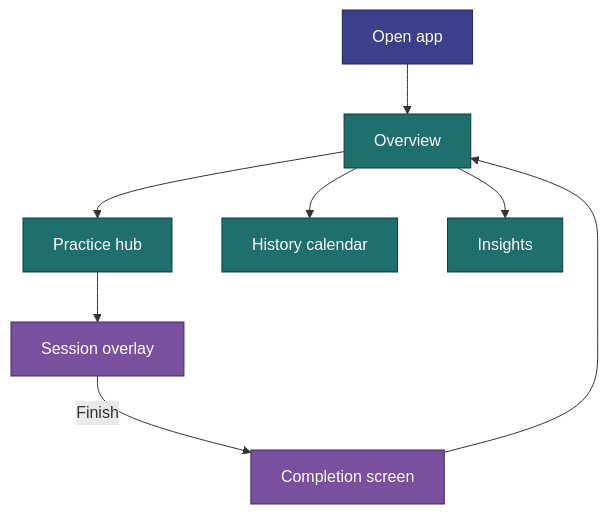
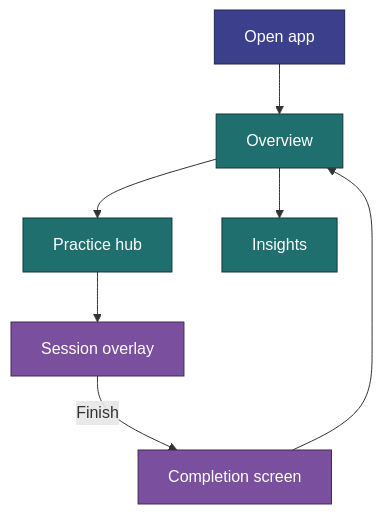
One commit to jermbo/CosmicWorkOut changed the first of 3 diagrams in docs/implementation/behavior.md. Above: the diagram before and after it, drawn with Mermaid. The commit also changed other lines of this file and 31 other files, not shown here.

````diff
--- a/docs/implementation/behavior.md
+++ b/docs/implementation/behavior.md
@@ -19,17 +19,16 @@
 ```mermaid
 flowchart TB
     Boot[Open app] --> Overview[Overview]
     Overview --> Practice[Practice hub]
     Practice --> Session[Session overlay]
     Session -->|Finish| Done[Completion screen]
     Done --> Overview
-    Overview --> History[History calendar]
     Overview --> Insights[Insights]
 
     classDef entry fill:#3b3f8c,stroke:#23264f,color:#ffffff;
     classDef screen fill:#1f6f6f,stroke:#0f3a3a,color:#ffffff;
     classDef session fill:#7a4f9e,stroke:#46295c,color:#ffffff;
     class Boot entry;
-    class Overview,Practice,History,Insights screen;
+    class Overview,Practice,Insights screen;
     class Session,Done session;
 ```
````
